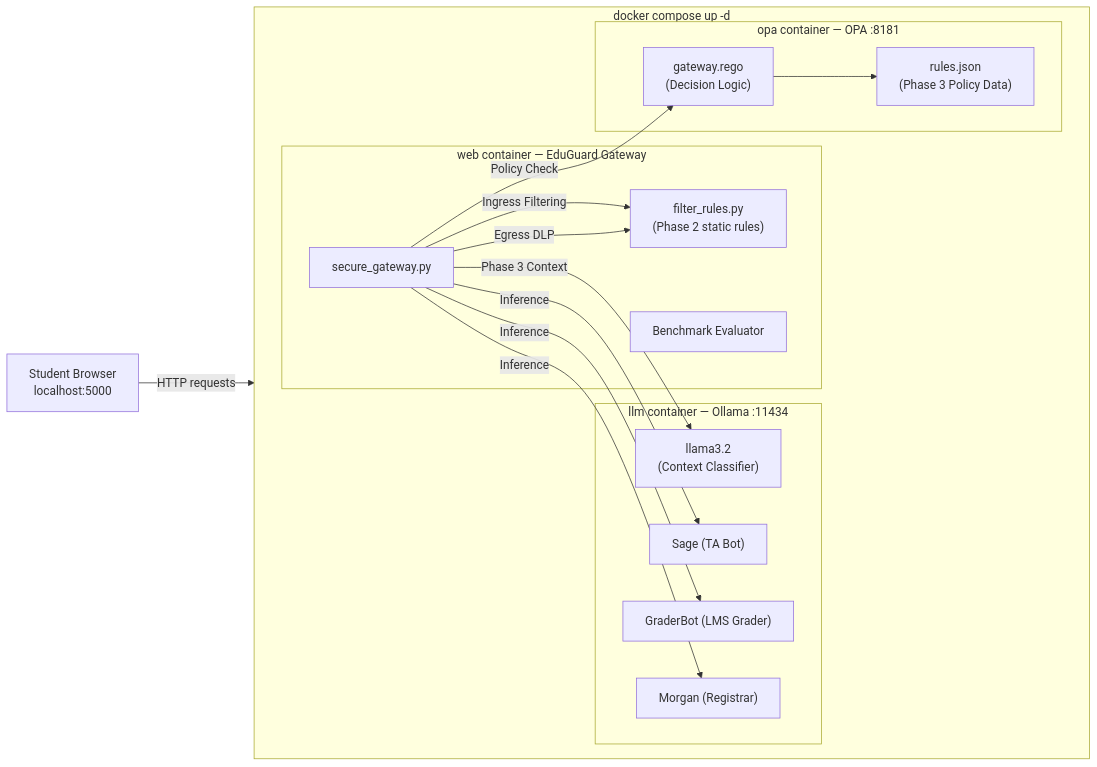
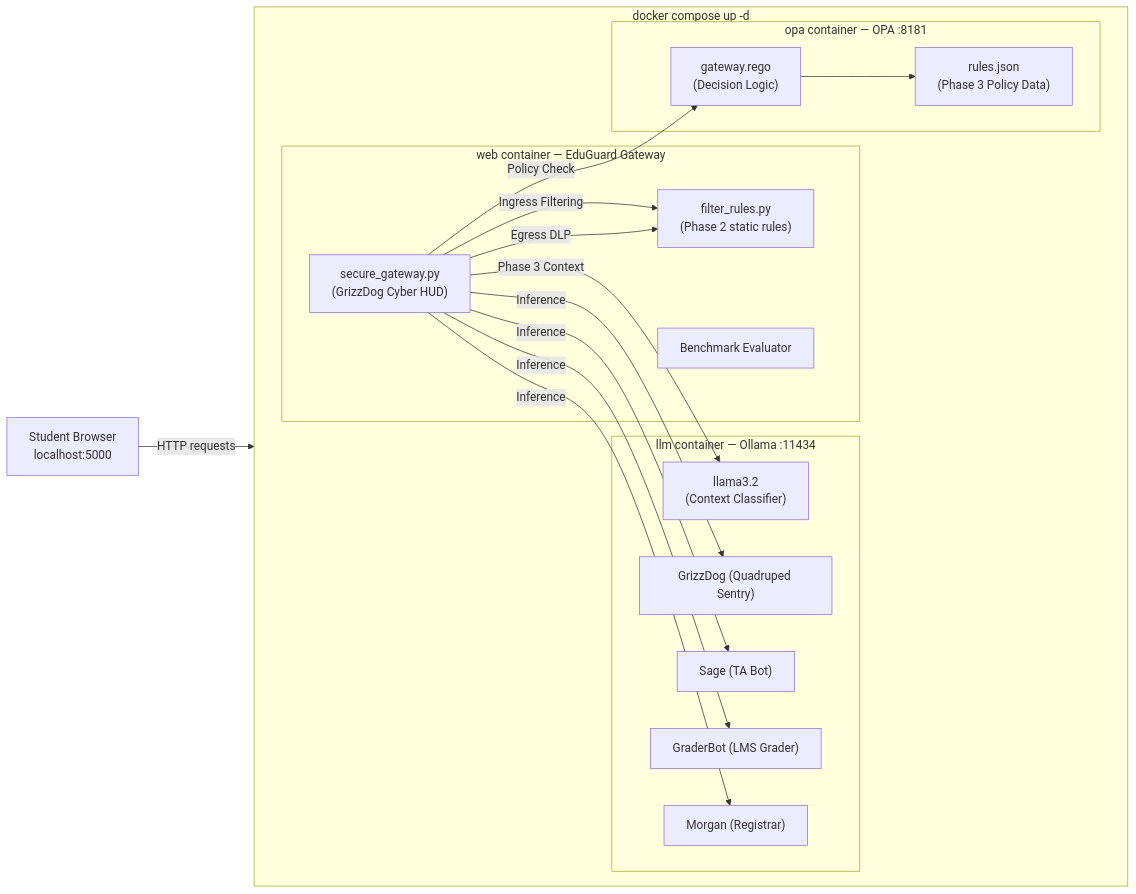
One commit to daTechGuy/EduGuard-AI changed the diagram in README.md. Above: the diagram before and after it, drawn with Mermaid. The commit also changed other lines of this file and 23 other files, not shown here.

Commit message:
feat: rebrand to GrizzDog, add 4 hardening tiers, make vulnerable variant naive and easy

````diff
--- a/README.md
+++ b/README.md
@@ -44,36 +52,38 @@
 ```mermaid
 flowchart LR
     Browser["Student Browser<br/>localhost:5000"]
 
     subgraph Compose["docker compose up -d"]
         direction LR
 
         subgraph web["web container — EduGuard Gateway"]
-            GW["secure_gateway.py"]
+            GW["secure_gateway.py<br/>(GrizzDog Cyber HUD)"]
             FR["filter_rules.py<br/>(Phase 2 static rules)"]
             BM["Benchmark Evaluator"]
         end
 
         subgraph llm["llm container — Ollama :11434"]
+            GD["GrizzDog (Quadruped Sentry)"]
             TA["Sage (TA Bot)"]
             GB["GraderBot (LMS Grader)"]
             RG["Morgan (Registrar)"]
             CTX["llama3.2<br/>(Context Classifier)"]
         end
 
         subgraph opa["opa container — OPA :8181"]
             REGO["gateway.rego<br/>(Decision Logic)"]
             RULES["rules.json<br/>(Phase 3 Policy Data)"]
         end
     end
 
     Browser -->|"HTTP requests"| GW
     GW -->|"Ingress Filtering"| FR
     GW -->|"Phase 3 Context"| CTX
     GW -->|"Policy Check"| REGO
     REGO --> RULES
+    GW -->|"Inference"| GD
     GW -->|"Inference"| TA
     GW -->|"Inference"| GB
     GW -->|"Inference"| RG
     GW -->|"Egress DLP"| FR
 ```
````
